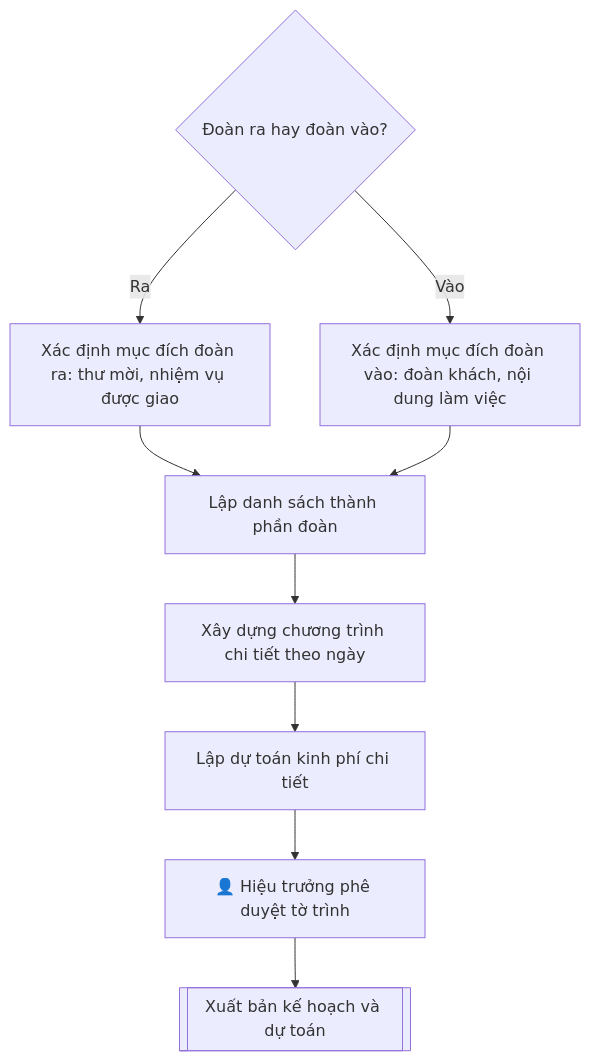
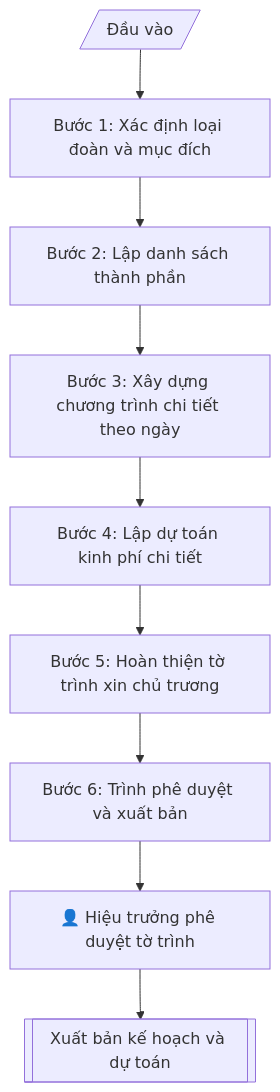
Before and after one commit to phamtruong91/dh-skills: the diagram in skills/ke-hoach-doan-ra-vao/SKILL.md, drawn with Mermaid. The commit also changed 124 other files, not shown here.

````diff
--- a/skills/ke-hoach-doan-ra-vao/SKILL.md
+++ b/skills/ke-hoach-doan-ra-vao/SKILL.md
@@ -86,11 +86,11 @@
 ```mermaid
 flowchart TD
-    A{"Đoàn ra hay đoàn vào?"} -->|Ra| B["Xác định mục đích đoàn ra: thư mời, nhiệm vụ được giao"]
-    A -->|Vào| C["Xác định mục đích đoàn vào: đoàn khách, nội dung làm việc"]
-    B --> D["Lập danh sách thành phần đoàn"]
-    C --> D
-    D --> E["Xây dựng chương trình chi tiết theo ngày"]
-    E --> F["Lập dự toán kinh phí chi tiết"]
-    F --> HG["👤 Hiệu trưởng phê duyệt tờ trình"]
-    HG --> Z[["Xuất bản kế hoạch và dự toán"]]
+    IN[/"Đầu vào"/] --> B1["Bước 1: Xác định loại đoàn và mục đích"]
+    B1 --> B2["Bước 2: Lập danh sách thành phần"]
+    B2 --> B3["Bước 3: Xây dựng chương trình chi tiết theo ngày"]
+    B3 --> B4["Bước 4: Lập dự toán kinh phí chi tiết"]
+    B4 --> B5["Bước 5: Hoàn thiện tờ trình xin chủ trương"]
+    B5 --> B6["Bước 6: Trình phê duyệt và xuất bản"]
+    B6 --> HG["👤 Hiệu trưởng phê duyệt tờ trình"]
+    HG --> OUT[["Xuất bản kế hoạch và dự toán"]]
 ```
````
